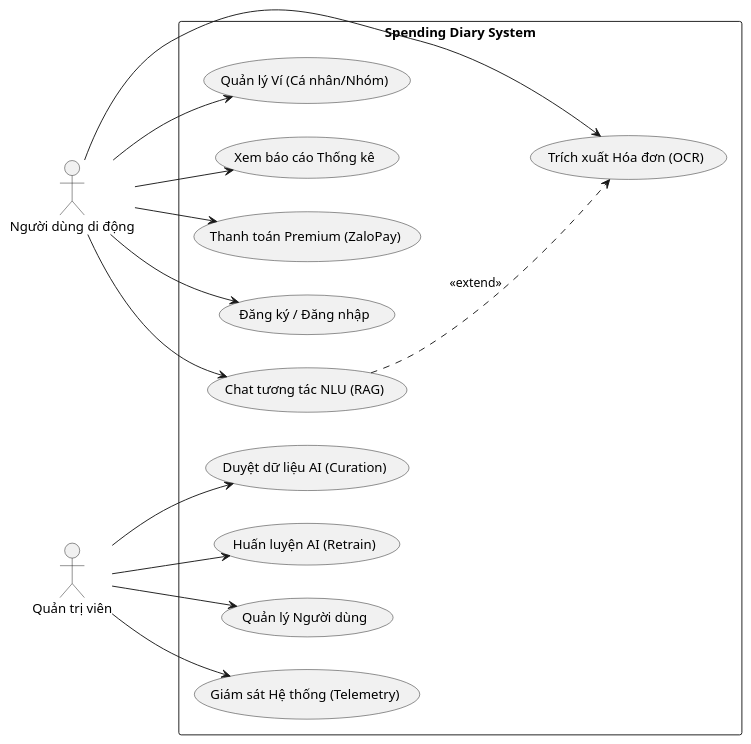
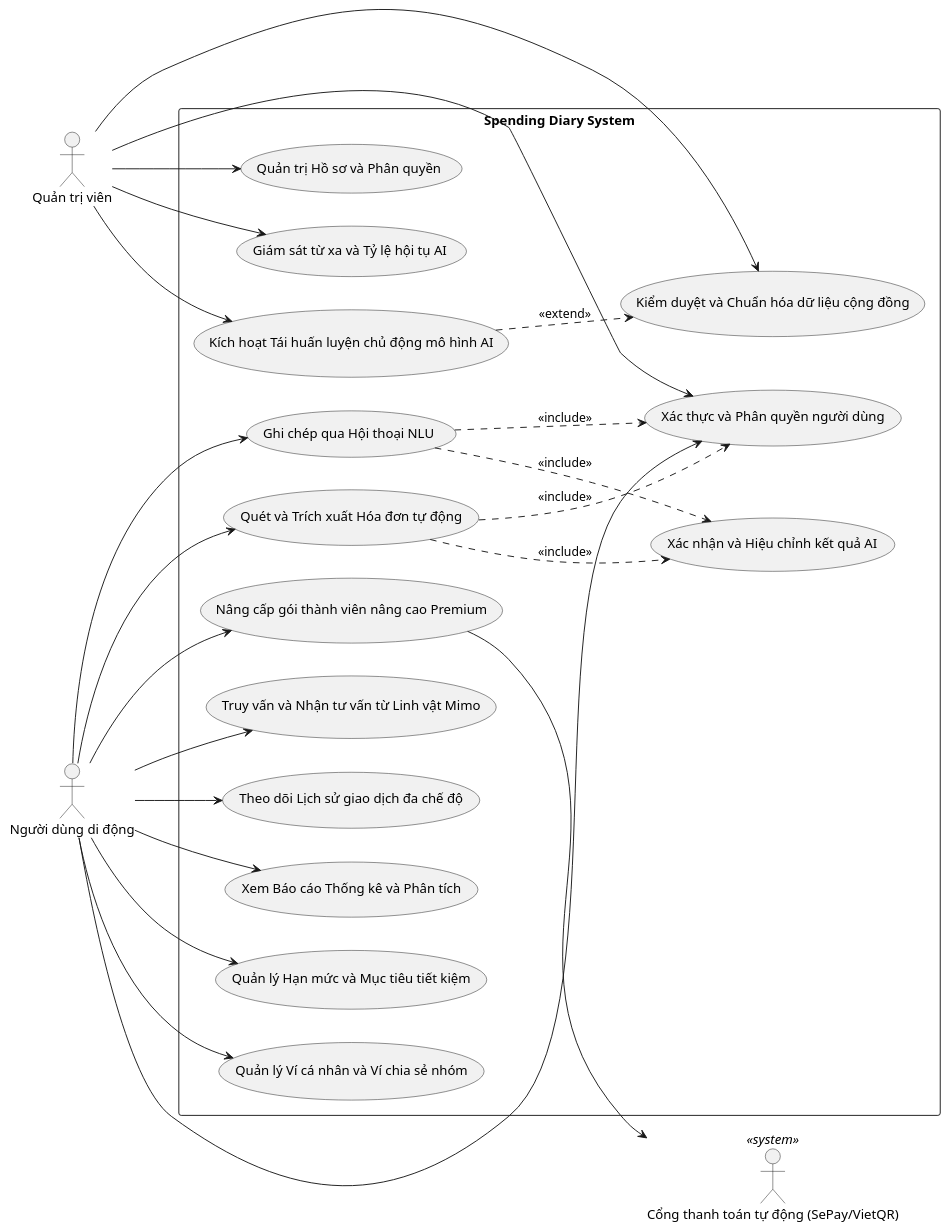
Before and after one commit to maikhang160504/spending-diary: the first of 10 diagrams in Luan_van_Hoan_chinh.md, drawn with PlantUML. The commit also changed other lines of this file and 18 other files, not shown here.

Commit message:
docs: expand thesis chapters, add architecture diagrams, and compile literature summaries

````diff
--- a/Luan_van_Hoan_chinh.md
+++ b/Luan_van_Hoan_chinh.md
@@ -137,37 +246,53 @@
 ```plantuml
 @startuml
 left to right direction
 skinparam packageStyle rectangle
+skinparam actorStyle outline
 
 actor "Người dùng di động" as User
 actor "Quản trị viên" as Admin
+actor "Cổng thanh toán tự động (SePay/VietQR)" as SePay <<system>>
 
 package "Spending Diary System" {
-    usecase "Đăng ký / Đăng nhập" as UC1
-    usecase "Chat tương tác NLU (RAG)" as UC2
-    usecase "Trích xuất Hóa đơn (OCR)" as UC3
-    usecase "Quản lý Ví (Cá nhân/Nhóm)" as UC4
-    usecase "Xem báo cáo Thống kê" as UC5
-    usecase "Thanh toán Premium (ZaloPay)" as UC6
+    usecase "Xác thực và Phân quyền người dùng" as UC_Auth
+    usecase "Ghi chép qua Hội thoại NLU" as UC_Chat
+    usecase "Quét và Trích xuất Hóa đơn tự động" as UC_Scan
+    usecase "Xác nhận và Hiệu chỉnh kết quả AI" as UC_Confirm
+    usecase "Truy vấn và Nhận tư vấn từ Linh vật Mimo" as UC_Insights
+    usecase "Theo dõi Lịch sử giao dịch đa chế độ" as UC_Views
+    usecase "Xem Báo cáo Thống kê và Phân tích" as UC_Report
+    usecase "Quản lý Hạn mức và Mục tiêu tiết kiệm" as UC_Budget
+    usecase "Quản lý Ví cá nhân và Ví chia sẻ nhóm" as UC_Wallet
+    usecase "Nâng cấp gói thành viên nâng cao Premium" as UC_Premium
     
-    usecase "Quản lý Người dùng" as UC7
-    usecase "Giám sát Hệ thống (Telemetry)" as UC8
-    usecase "Duyệt dữ liệu AI (Curation)" as UC9
-    usecase "Huấn luyện AI (Retrain)" as UC10
+    usecase "Quản trị Hồ sơ và Phân quyền" as UC_UserMgmt
+    usecase "Giám sát từ xa và Tỷ lệ hội tụ AI" as UC_Telemetry
+    usecase "Kiểm duyệt và Chuẩn hóa dữ liệu cộng đồng" as UC_Curation
+    usecase "Kích hoạt Tái huấn luyện chủ động mô hình AI" as UC_Retrain
 }
 
-User --> UC1
-User --> UC2
-User --> UC3
-User --> UC4
-User --> UC5
-User --> UC6
+User --> UC_Auth
+User --> UC_Chat
+User --> UC_Scan
+User --> UC_Insights
+User --> UC_Views
+User --> UC_Report
+User --> UC_Budget
+User --> UC_Wallet
+User --> UC_Premium
 
-Admin --> UC7
-Admin --> UC8
-Admin --> UC9
-Admin --> UC10
+Admin --> UC_Auth
+Admin --> UC_UserMgmt
+Admin --> UC_Telemetry
+Admin --> UC_Curation
+Admin --> UC_Retrain
 
-UC2 ..> UC3 : <<extend>>
+UC_Premium --> SePay
+
+UC_Chat ..> UC_Auth : <<include>>
+UC_Scan ..> UC_Auth : <<include>>
+UC_Chat ..> UC_Confirm : <<include>>
+UC_Scan ..> UC_Confirm : <<include>>
+UC_Retrain ..> UC_Curation : <<extend>>
 @enduml
 ```
````
